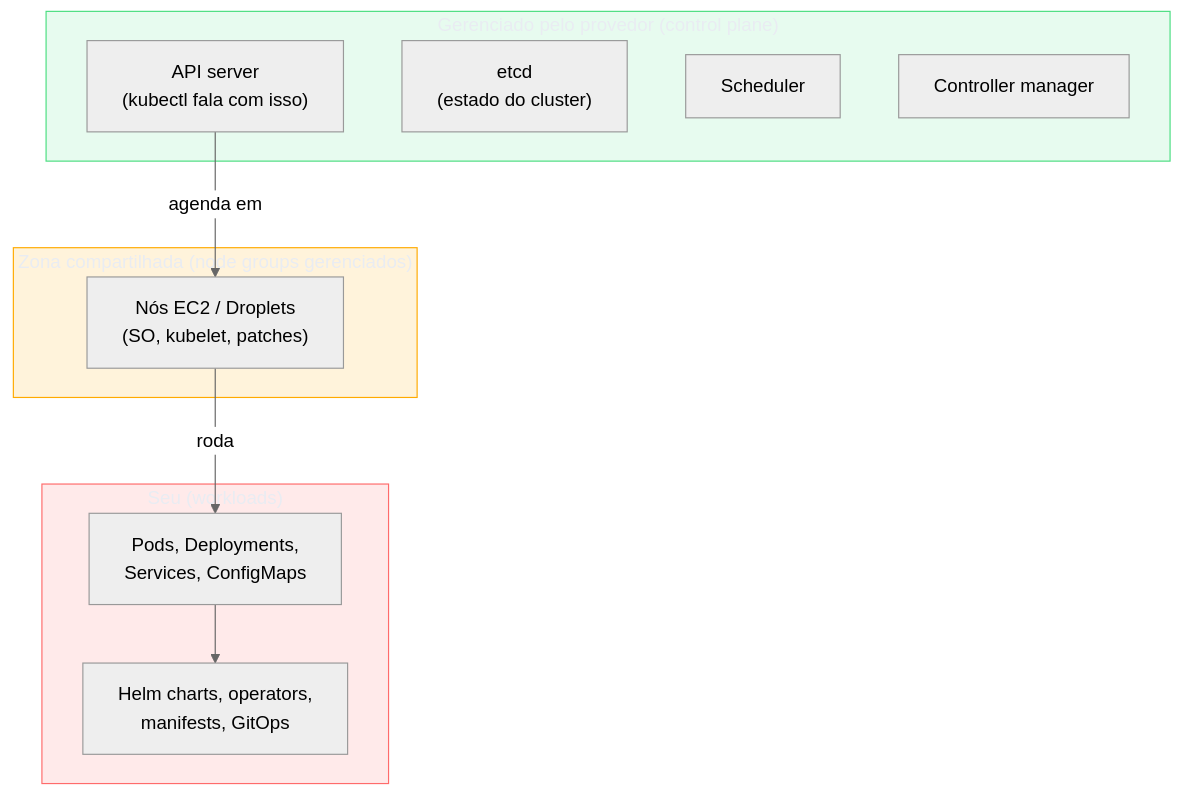
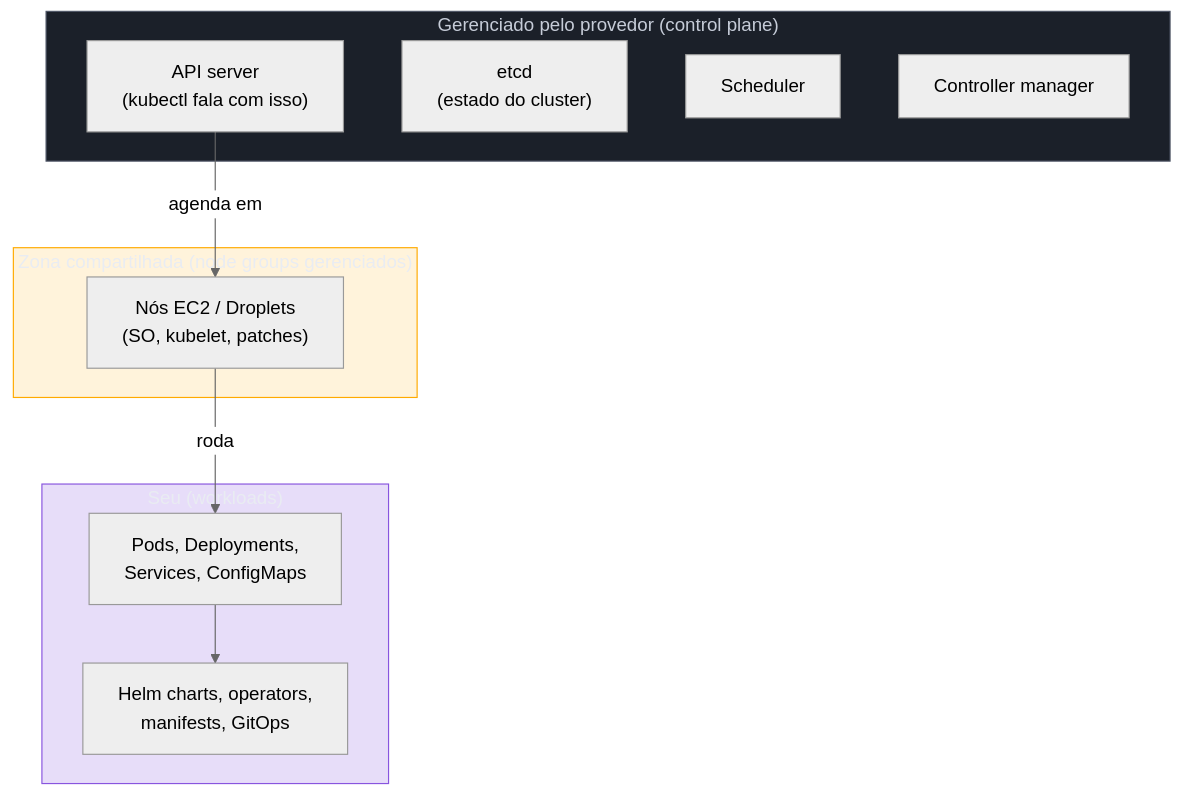
Before and after one commit to josenaldo/codex-technomanticus: the first of 3 diagrams in 03-Dominios/Tecnologia/Cloud/12 - Containers gerenciados/05 - Kubernetes gerenciado de raspão.md, drawn with Mermaid (neutral theme). The commit also changed other lines of this file and 601 other files, not shown here.

````diff
--- a/03-Dominios/Tecnologia/Cloud/12 - Containers gerenciados/05 - Kubernetes gerenciado de raspão.md
+++ b/03-Dominios/Tecnologia/Cloud/12 - Containers gerenciados/05 - Kubernetes gerenciado de raspão.md
@@ -32,29 +32,29 @@
 ```mermaid
 flowchart TB
-    classDef ok fill:#4ADE8021,stroke:#4ADE80,color:#E9ECF2
+    classDef marca fill:#8855DF33,stroke:#8855DF,color:#E9ECF2
+    classDef neutro fill:#1B2029,stroke:#4E5666,color:#C6CCD8
     classDef destaque fill:#FFAA0024,stroke:#FFAA00,color:#E9ECF2
-    classDef falha fill:#FF6B6B24,stroke:#FF6B6B,color:#E9ECF2
     subgraph provedor["Gerenciado pelo provedor (control plane)"]
         api["API server<br/>(kubectl fala com isso)"]
         etcd["etcd<br/>(estado do cluster)"]
         sched["Scheduler"]
         ctrl["Controller manager"]
     end
 
     subgraph compartilhado["Zona compartilhada (node groups gerenciados)"]
         nodes["Nós EC2 / Droplets<br/>(SO, kubelet, patches)"]
     end
 
     subgraph seu["Seu (workloads)"]
         pods["Pods, Deployments,<br/>Services, ConfigMaps"]
         helm["Helm charts, operators,<br/>manifests, GitOps"]
     end
 
     api -->|agenda em| nodes
     nodes -->|roda| pods
     pods --> helm
 
-    class provedor ok
+    class provedor neutro
     class compartilhado destaque
-    class seu falha
+    class seu marca
 ```
````
